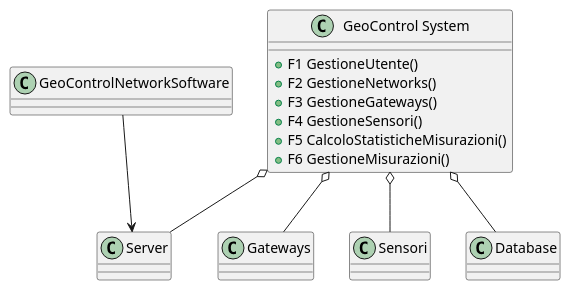
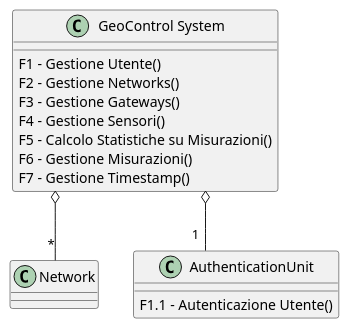
Before and after one commit to luigiaceto/geocontrol: the third of 3 diagrams in doc/Requirements.md, drawn with PlantUML. The commit also changed other lines of this file and 6 other files, not shown here.

Commit message:
Fix: System Diagram

````diff
--- a/doc/Requirements.md
+++ b/doc/Requirements.md
@@ -364,18 +408,29 @@
 ``` plantuml
 
-class "GeoControl System" {
-  +F1 GestioneUtente()
-  +F2 GestioneNetworks()
-  +F3 GestioneGateways()
-  +F4 GestioneSensori()
-  +F5 CalcoloStatisticheMisurazioni()
-  +F6 GestioneMisurazioni()
+@startuml
+skinparam linetype polyline
+skinparam linetype ortho
+
+
+class "GeoControl System" as GS {
+  F1 - Gestione Utente()
+  F2 - Gestione Networks()
+  F3 - Gestione Gateways()
+  F4 - Gestione Sensori()
+  F5 - Calcolo Statistiche su Misurazioni()
+  F6 - Gestione Misurazioni()
+  F7 - Gestione Timestamp()
 }
 
-"GeoControl System" o-- Server 
-GeoControlNetworkSoftware --> Server
-"GeoControl System" o-- Gateways
-"GeoControl System" o-- Sensori
-"GeoControl System" o-- Database
+class Network {}
+
+class AuthenticationUnit {
+  F1.1 - Autenticazione Utente()
+}
+
+Network "*" -u-o GS
+AuthenticationUnit "1" -u-o GS
+
+@enduml
 
 ```
````
